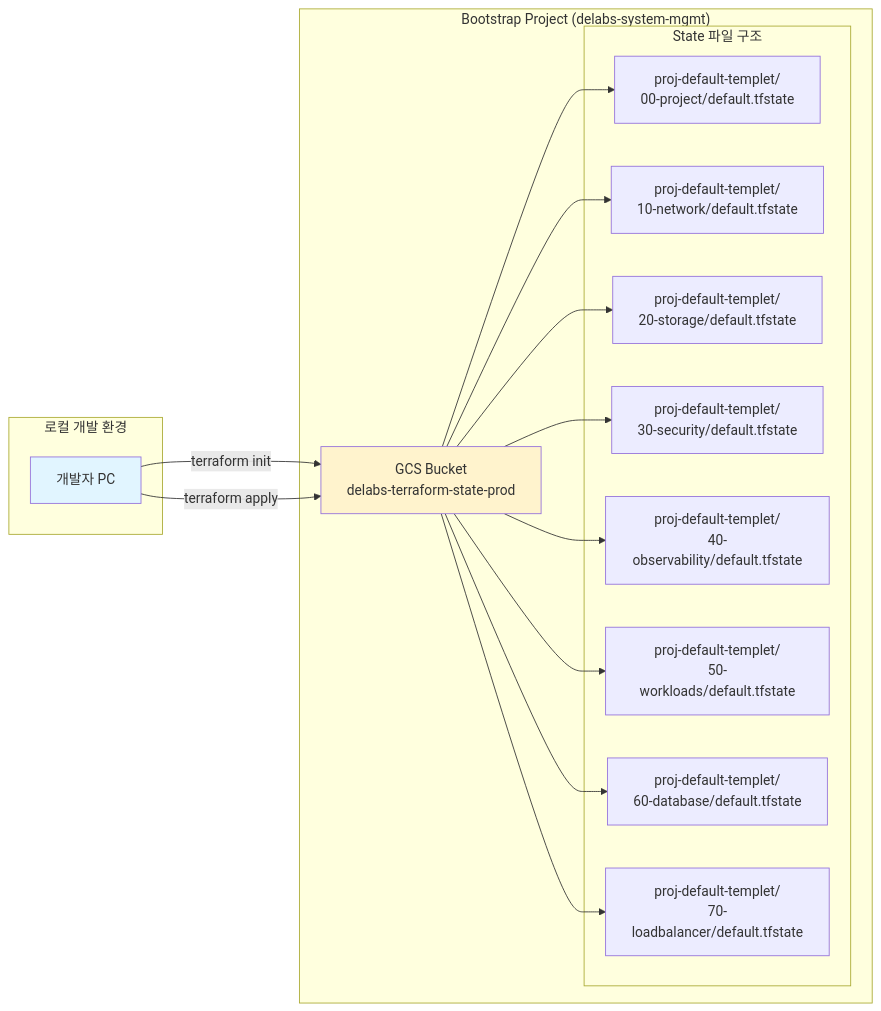
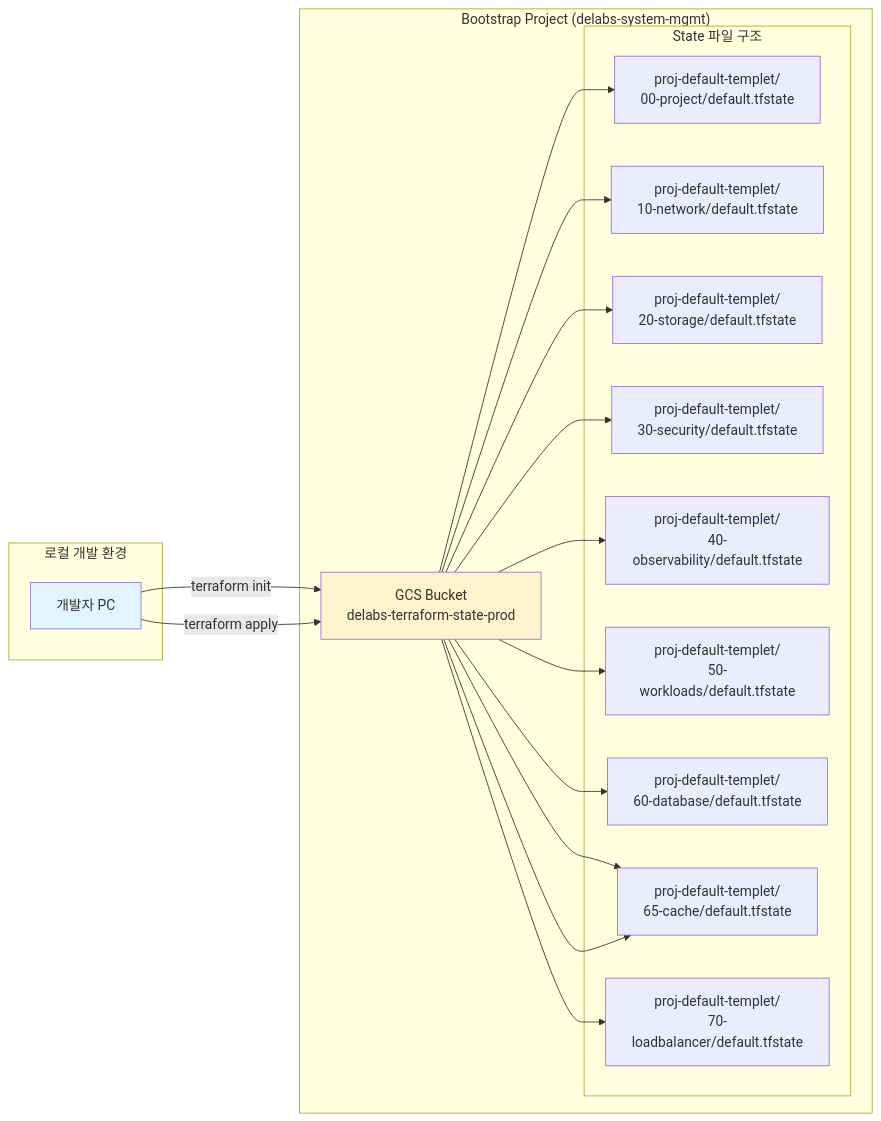
One commit to JSJ2337/GCP_terraform_code changed the second of 9 diagrams in terraform_gcp_infra/ARCHITECTURE.md. Above: the diagram before and after it, drawn with Mermaid. The commit also changed other lines of this file and 17 other files, not shown here.

````diff
--- a/terraform_gcp_infra/ARCHITECTURE.md
+++ b/terraform_gcp_infra/ARCHITECTURE.md
@@ -91,35 +96,38 @@
 ```mermaid
 graph LR
     subgraph "로컬 개발 환경"
         DEV[개발자 PC]
     end
 
     subgraph "Bootstrap Project (delabs-system-mgmt)"
         BUCKET[GCS Bucket<br/>delabs-terraform-state-prod]
 
         subgraph "State 파일 구조"
             S1[proj-default-templet/<br/>00-project/default.tfstate]
             S2[proj-default-templet/<br/>10-network/default.tfstate]
             S3[proj-default-templet/<br/>20-storage/default.tfstate]
             S4[proj-default-templet/<br/>30-security/default.tfstate]
             S5[proj-default-templet/<br/>40-observability/default.tfstate]
             S6[proj-default-templet/<br/>50-workloads/default.tfstate]
             S7[proj-default-templet/<br/>60-database/default.tfstate]
-            S8[proj-default-templet/<br/>70-loadbalancer/default.tfstate]
+            S8[proj-default-templet/<br/>65-cache/default.tfstate]
+            S9[proj-default-templet/<br/>70-loadbalancer/default.tfstate]
         end
     end
 
     DEV -->|terraform init| BUCKET
     DEV -->|terraform apply| BUCKET
     BUCKET --> S1
     BUCKET --> S2
     BUCKET --> S3
     BUCKET --> S4
     BUCKET --> S5
     BUCKET --> S6
     BUCKET --> S7
     BUCKET --> S8
+    BUCKET --> S9
+    BUCKET --> S8
 
     style BUCKET fill:#fff3cd
     style DEV fill:#e1f5ff
 ```
````
